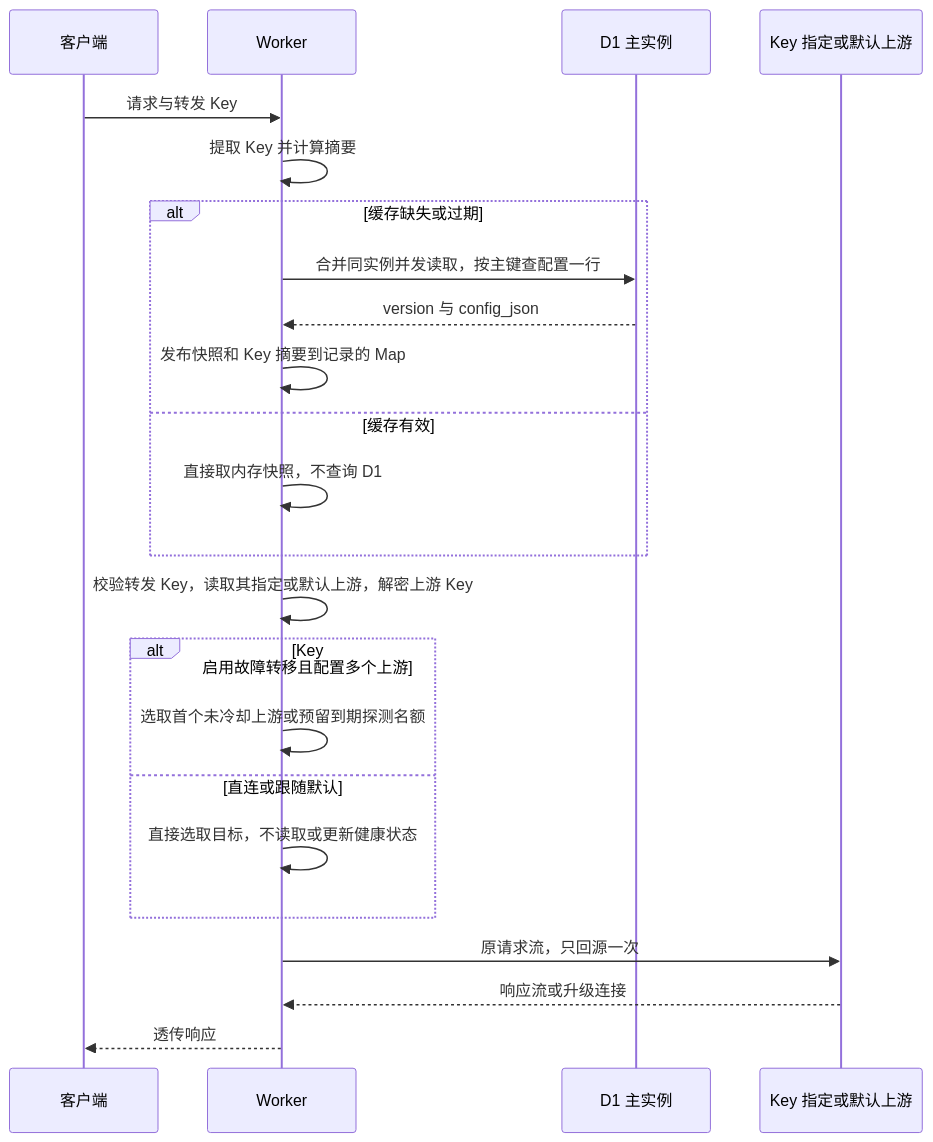
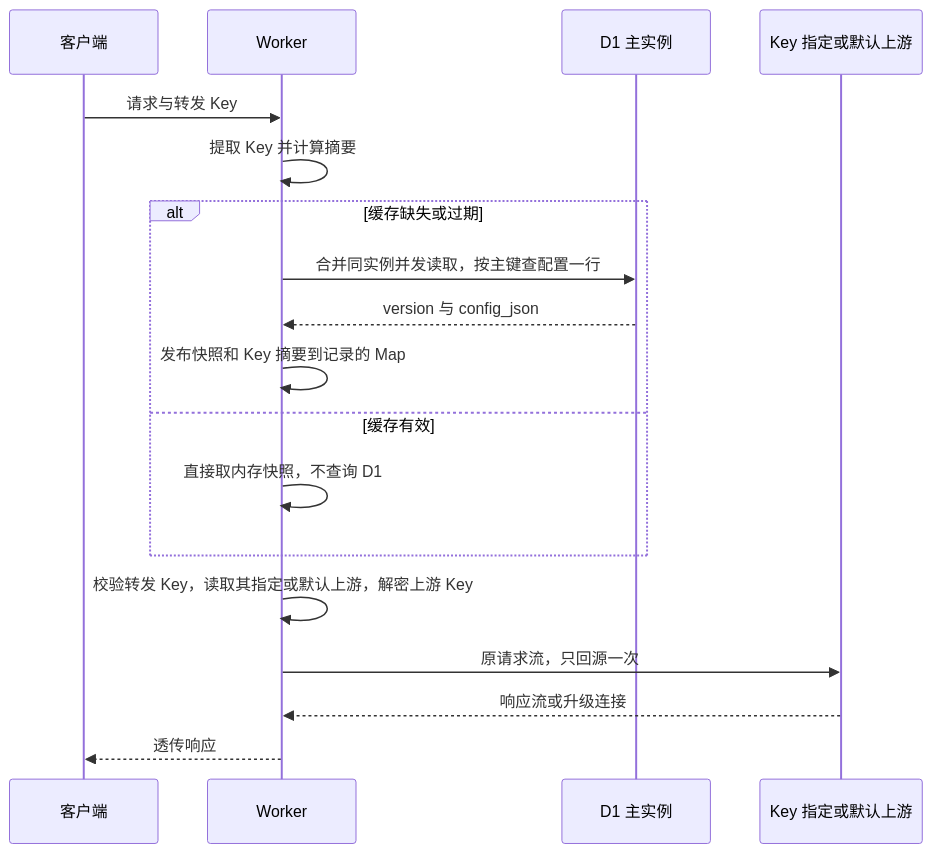
One commit to DeltaB-Lab/thin-proxy changed the second of 2 diagrams in docs/03-架构文档.md. Above: the diagram before and after it, drawn with Mermaid. The commit also changed other lines of this file and 31 other files, not shown here.

````diff
--- a/docs/03-架构文档.md
+++ b/docs/03-架构文档.md
@@ -59,25 +58,20 @@
 ```mermaid
 sequenceDiagram
     participant C as 客户端
     participant W as Worker
     participant D as D1 主实例
     participant U as Key 指定或默认上游
     C->>W: 请求与转发 Key
     W->>W: 提取 Key 并计算摘要
     alt 缓存缺失或过期
         W->>D: 合并同实例并发读取，按主键查配置一行
         D-->>W: version 与 config_json
         W->>W: 发布快照和 Key 摘要到记录的 Map
     else 缓存有效
         W->>W: 直接取内存快照，不查询 D1
     end
     W->>W: 校验转发 Key，读取其指定或默认上游，解密上游 Key
-    alt Key 启用故障转移且配置多个上游
-        W->>W: 选取首个未冷却上游或预留到期探测名额
-    else 直连或跟随默认
-        W->>W: 直接选取目标，不读取或更新健康状态
-    end
     W->>U: 原请求流，只回源一次
     U-->>W: 响应流或升级连接
     W-->>C: 透传响应
 ```
````
